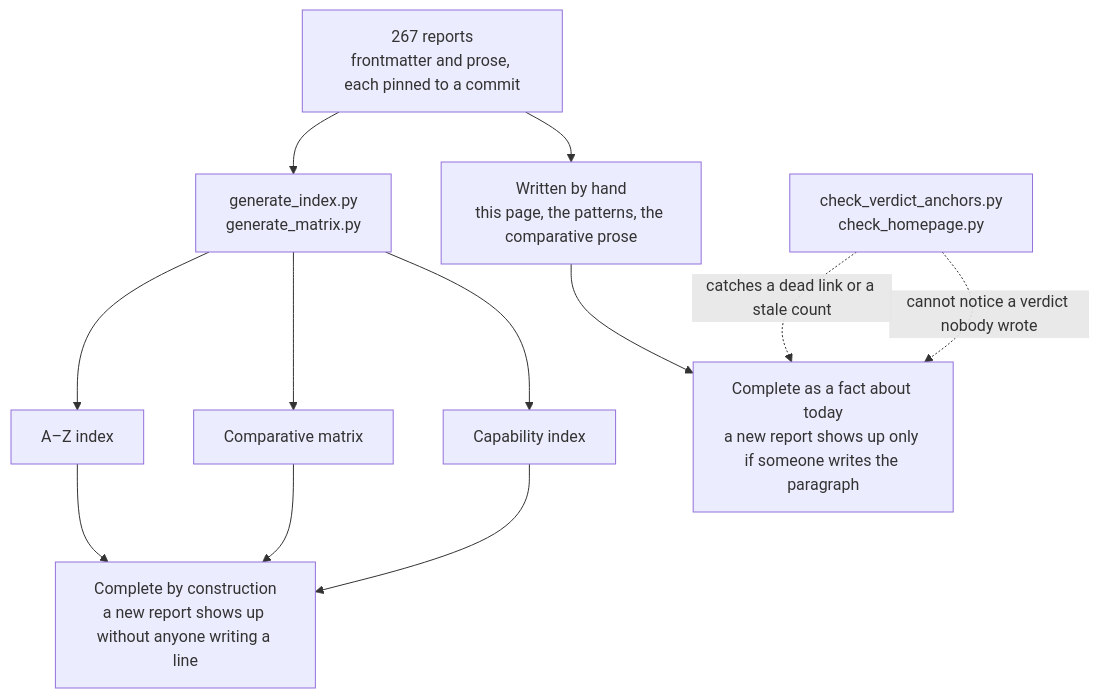
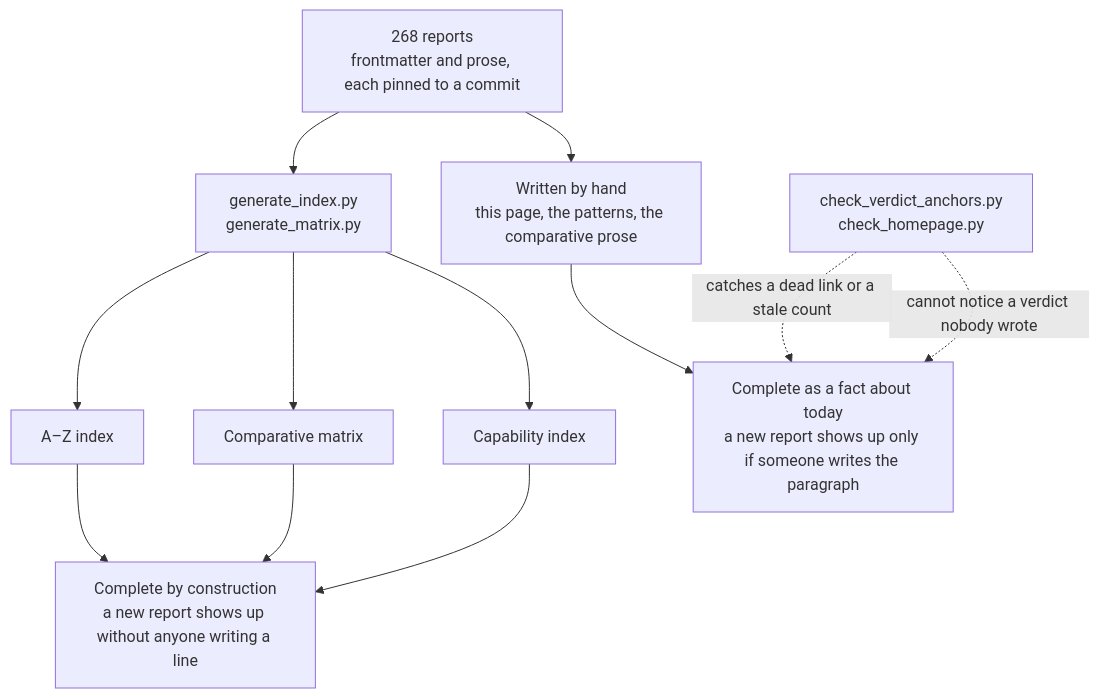
One commit to neoneye/agent-memory-atlas changed the diagram in content/verdicts.md. Above: the diagram before and after it, drawn with Mermaid. The commit also changed other lines of this file and 288 other files, not shown here.

````diff
--- a/content/verdicts.md
+++ b/content/verdicts.md
@@ -40,15 +40,15 @@
 ```mermaid
 flowchart TD
-    R["267 reports<br/>frontmatter and prose, each pinned to a commit"]
+    R["268 reports<br/>frontmatter and prose, each pinned to a commit"]
     R --> GEN["generate_index.py<br/>generate_matrix.py"]
     R --> HAND["Written by hand<br/>this page, the patterns, the comparative prose"]
     GEN --> AZ["A–Z index"]
     GEN --> MX["Comparative matrix"]
     GEN --> CI["Capability index"]
     AZ --> CONST["Complete by construction<br/>a new report shows up without anyone writing a line"]
     MX --> CONST
     CI --> CONST
     HAND --> TODAY["Complete as a fact about today<br/>a new report shows up only if someone writes the paragraph"]
     CHK["check_verdict_anchors.py<br/>check_homepage.py"] -.->|"catches a dead link or a stale count"| TODAY
     CHK -.->|"cannot notice a verdict nobody wrote"| TODAY
 ```
````
